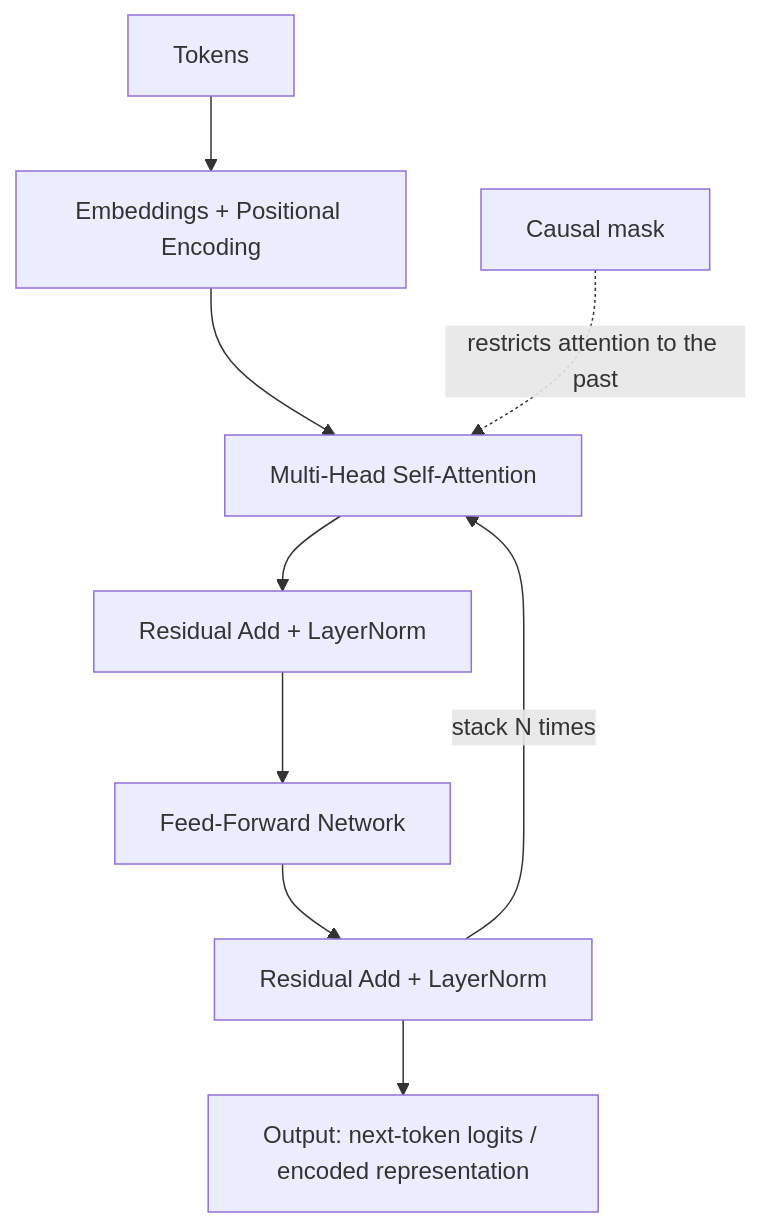
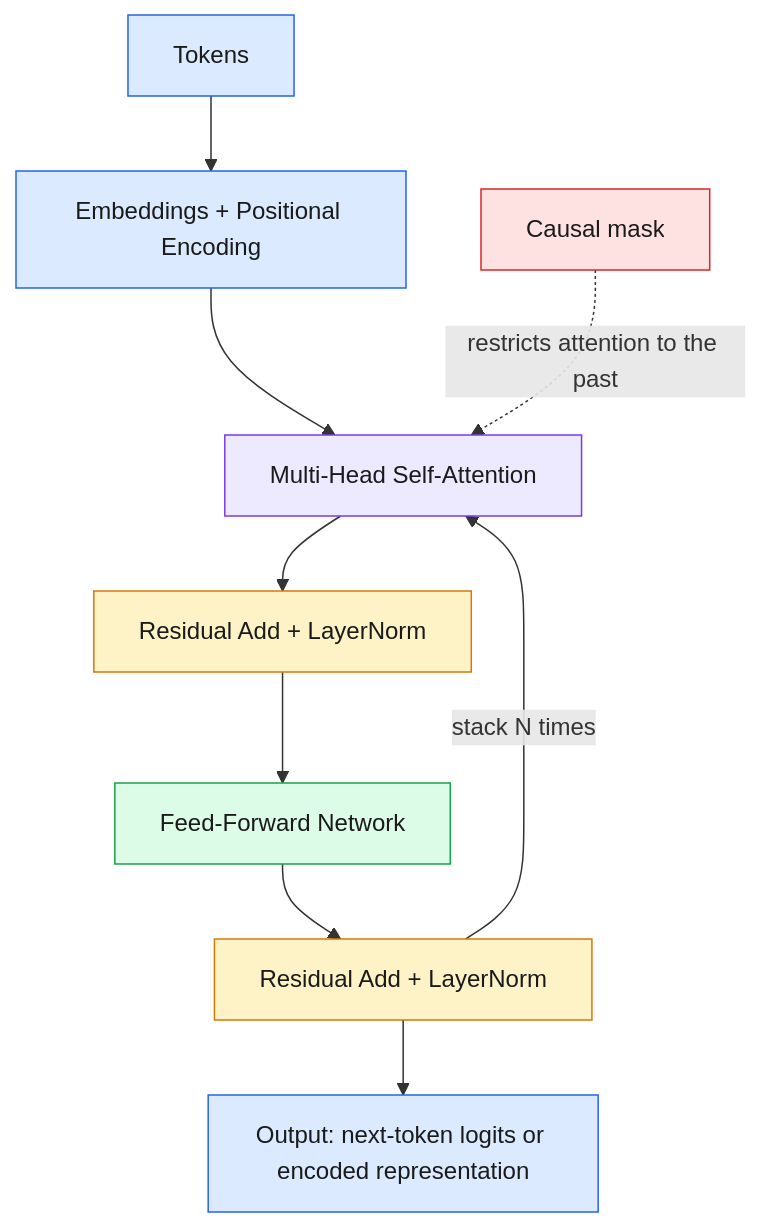
One commit to bhanu-prakash12/ai-ml-engineer-fundamentals changed the first of 2 diagrams in day03_deep_learning/17_deep_learning_architectures/README.md. Above: the diagram before and after it, drawn with Mermaid. The commit also changed other lines of this file and 68 other files, not shown here.

````diff
--- a/day03_deep_learning/17_deep_learning_architectures/README.md
+++ b/day03_deep_learning/17_deep_learning_architectures/README.md
@@ -47,11 +83,21 @@
 ```mermaid
 flowchart TD
-  A[Tokens] --> B[Embeddings + Positional Encoding]
-  B --> C[Multi-Head Self-Attention]
-  C --> D[Residual Add + LayerNorm]
-  D --> E[Feed-Forward Network]
-  E --> F[Residual Add + LayerNorm]
-  F -->|stack N times| C
-  F --> G[Output: next-token logits / encoded representation]
-  H[Causal mask] -.restricts attention to the past.-> C
+  A["Tokens"] --> B["Embeddings + Positional Encoding"]
+  B --> C["Multi-Head Self-Attention"]
+  C --> D["Residual Add + LayerNorm"]
+  D --> E["Feed-Forward Network"]
+  E --> F["Residual Add + LayerNorm"]
+  F -->|"stack N times"| C
+  F --> G["Output: next-token logits or encoded representation"]
+  H["Causal mask"] -.->|"restricts attention to the past"| C
+  classDef inp fill:#DBEAFE,stroke:#2563EB,color:#1a1a1a;
+  classDef attn fill:#EDE9FE,stroke:#7C3AED,color:#1a1a1a;
+  classDef norm fill:#FEF3C7,stroke:#D97706,color:#1a1a1a;
+  classDef ffn fill:#DCFCE7,stroke:#16A34A,color:#1a1a1a;
+  classDef mask fill:#FEE2E2,stroke:#DC2626,color:#1a1a1a;
+  class A,B,G inp;
+  class C attn;
+  class D,F norm;
+  class E ffn;
+  class H mask;
 ```
````
